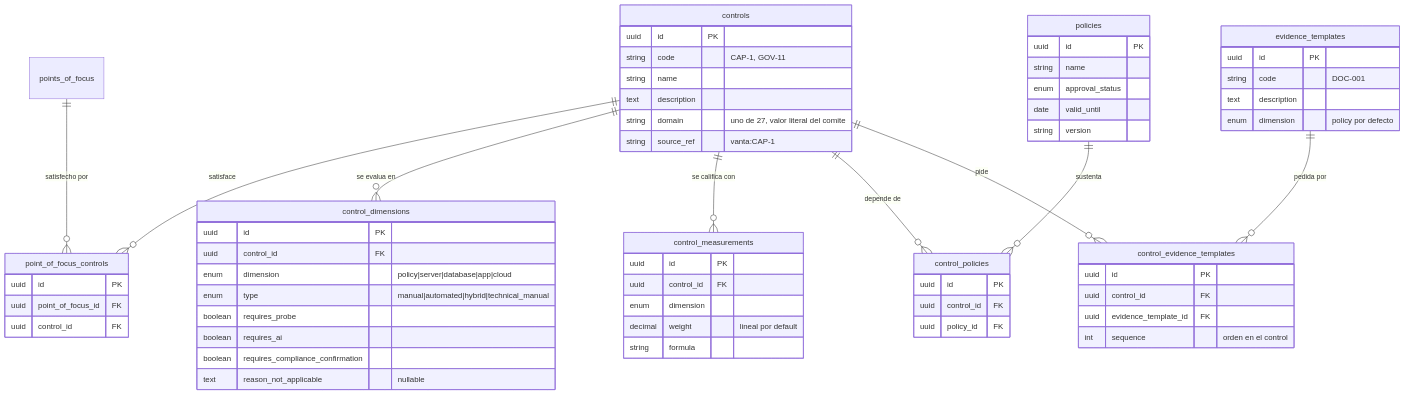
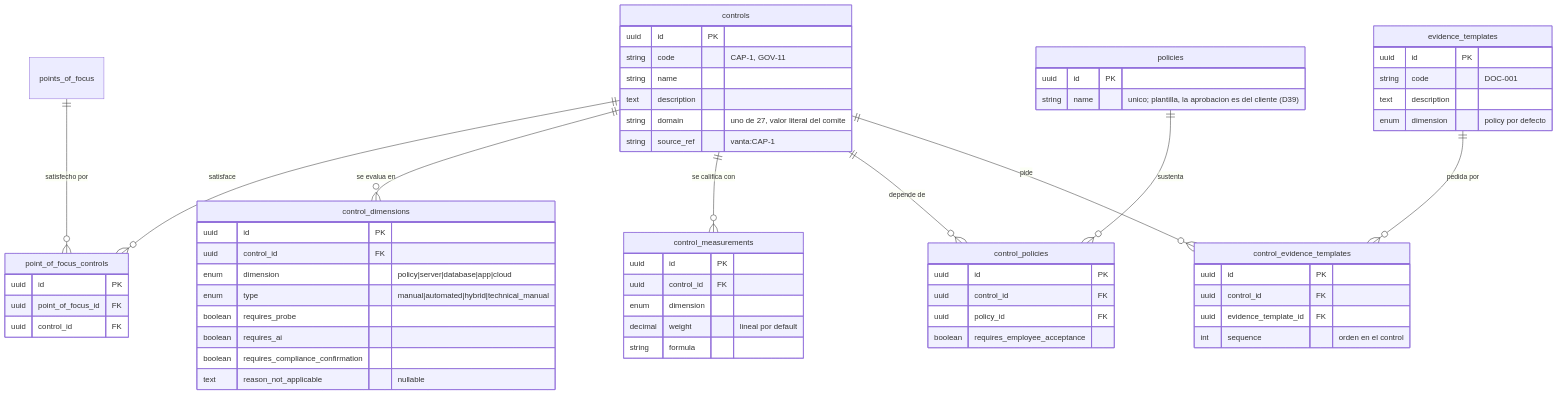
Before and after one commit to Monkey-GRC/Monkey-Brain-IA: the second of 16 diagrams in skills/product/monkey-compliance-council/references/modelo-datos.md, drawn with Mermaid. The commit also changed other lines of this file and 5 other files, not shown here.

````diff
--- a/skills/product/monkey-compliance-council/references/modelo-datos.md
+++ b/skills/product/monkey-compliance-council/references/modelo-datos.md
@@ -327,65 +332,63 @@
 ```mermaid
 erDiagram
     controls {
         uuid id PK
         string code "CAP-1, GOV-11"
         string name
         text description
         string domain "uno de 27, valor literal del comite"
         string source_ref "vanta:CAP-1"
     }
     point_of_focus_controls {
         uuid id PK
         uuid point_of_focus_id FK
         uuid control_id FK
     }
     control_dimensions {
         uuid id PK
         uuid control_id FK
         enum dimension "policy|server|database|app|cloud"
         enum type "manual|automated|hybrid|technical_manual"
         boolean requires_probe
         boolean requires_ai
         boolean requires_compliance_confirmation
         text reason_not_applicable "nullable"
     }
     control_measurements {
         uuid id PK
         uuid control_id FK
         enum dimension
         decimal weight "lineal por default"
         string formula
     }
     policies {
         uuid id PK
-        string name
-        enum approval_status
-        date valid_until
-        string version
+        string name "unico; plantilla, la aprobacion es del cliente (D39)"
     }
     control_policies {
         uuid id PK
         uuid control_id FK
         uuid policy_id FK
+        boolean requires_employee_acceptance
     }
     evidence_templates {
         uuid id PK
         string code "DOC-001"
         text description
         enum dimension "policy por defecto"
     }
     control_evidence_templates {
         uuid id PK
         uuid control_id FK
         uuid evidence_template_id FK
         int sequence "orden en el control"
     }
     controls ||--o{ point_of_focus_controls : "satisface"
     points_of_focus ||--o{ point_of_focus_controls : "satisfecho por"
     controls ||--o{ control_dimensions : "se evalua en"
     controls ||--o{ control_measurements : "se califica con"
     controls ||--o{ control_policies : "depende de"
     policies ||--o{ control_policies : "sustenta"
     controls ||--o{ control_evidence_templates : "pide"
     evidence_templates ||--o{ control_evidence_templates : "pedida por"
 ```
````
